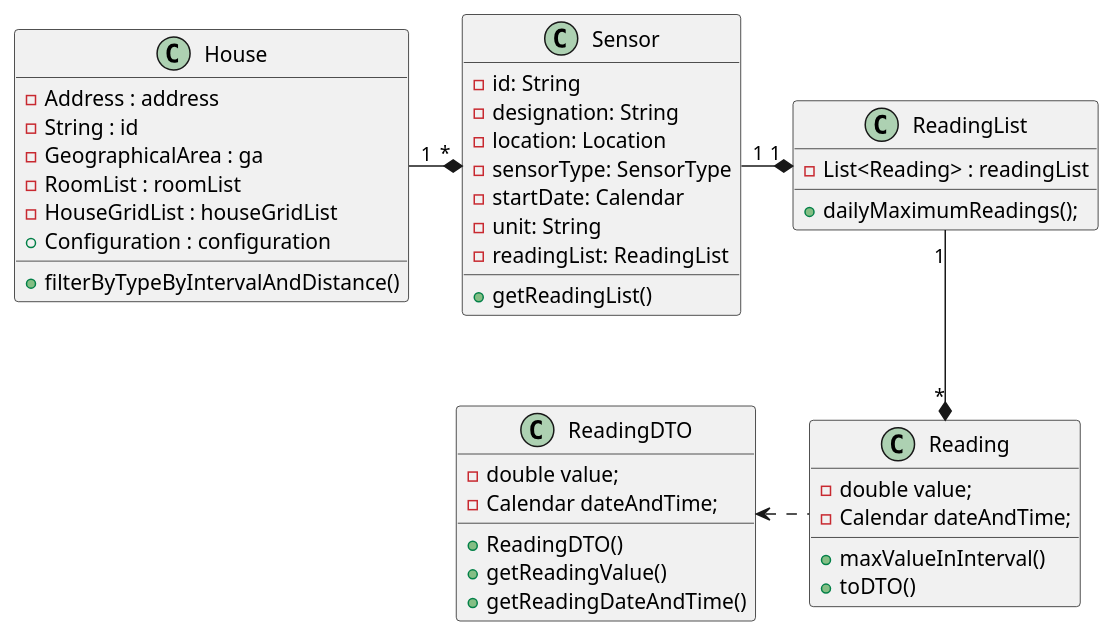
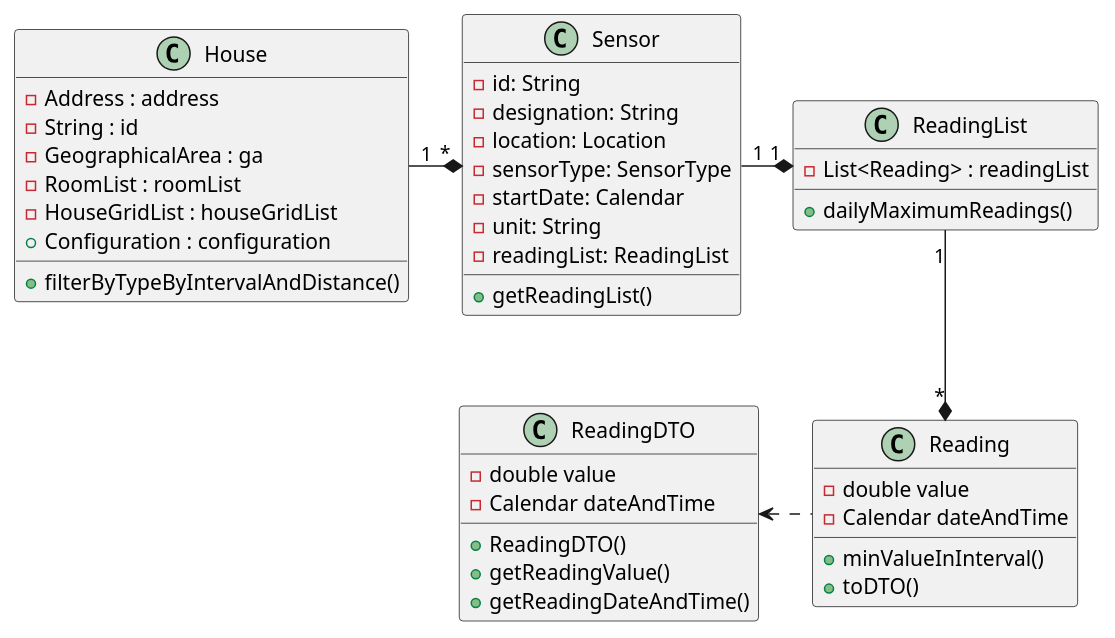
Before and after one commit to emanuel-pereira/hou: the diagram in src/main/java/smarthome/controller/classDiagrams/cd_GetLastColdestDay.puml, drawn with PlantUML. The commit also changed 2 other files, not shown here.

Commit message:
House class vulnerability correction; Correction o sequence diagram for US630, where diagram was overwritten by another one.

```diff
--- a/src/main/java/smarthome/controller/classDiagrams/cd_GetLastColdestDay.puml
+++ b/src/main/java/smarthome/controller/classDiagrams/cd_GetLastColdestDay.puml
@@ -1,50 +1,50 @@
 @startuml
 skinparam linetype ortho
 
 class House {
 - Address : address
 - String : id
 - GeographicalArea : ga
 - RoomList : roomList
 - HouseGridList : houseGridList
 + Configuration : configuration
 + filterByTypeByIntervalAndDistance()
  }
 
  class Sensor {
  - id: String
  - designation: String
  - location: Location
  - sensorType: SensorType
  - startDate: Calendar
  - unit: String
  - readingList: ReadingList
  + getReadingList()
  }
 
 class ReadingList {
  - List<Reading> : readingList
- + dailyMaximumReadings();
+ + dailyMaximumReadings()
  }
 
 class Reading{
-- double value;
-- Calendar dateAndTime;
-+ maxValueInInterval()
+- double value
+- Calendar dateAndTime
++ minValueInInterval()
 + toDTO()
 }
 
 class ReadingDTO{
-- double value;
-- Calendar dateAndTime;
+- double value
+- Calendar dateAndTime
 + ReadingDTO()
 + getReadingValue()
 + getReadingDateAndTime()
 }
 
 House "1" -* "*" Sensor
 Sensor "1" -* "1" ReadingList
 ReadingList "1" --* "*" Reading
 ReadingDTO <. Reading
 
 @enduml
```
